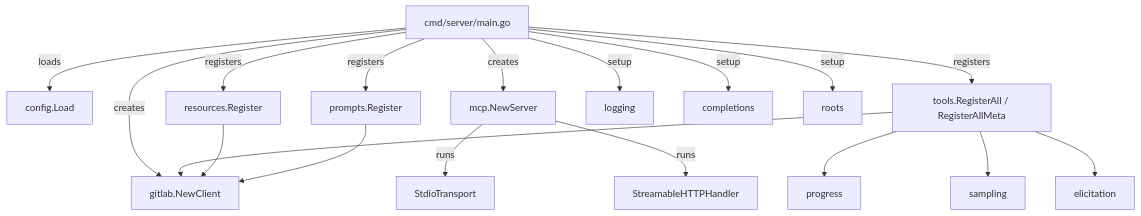
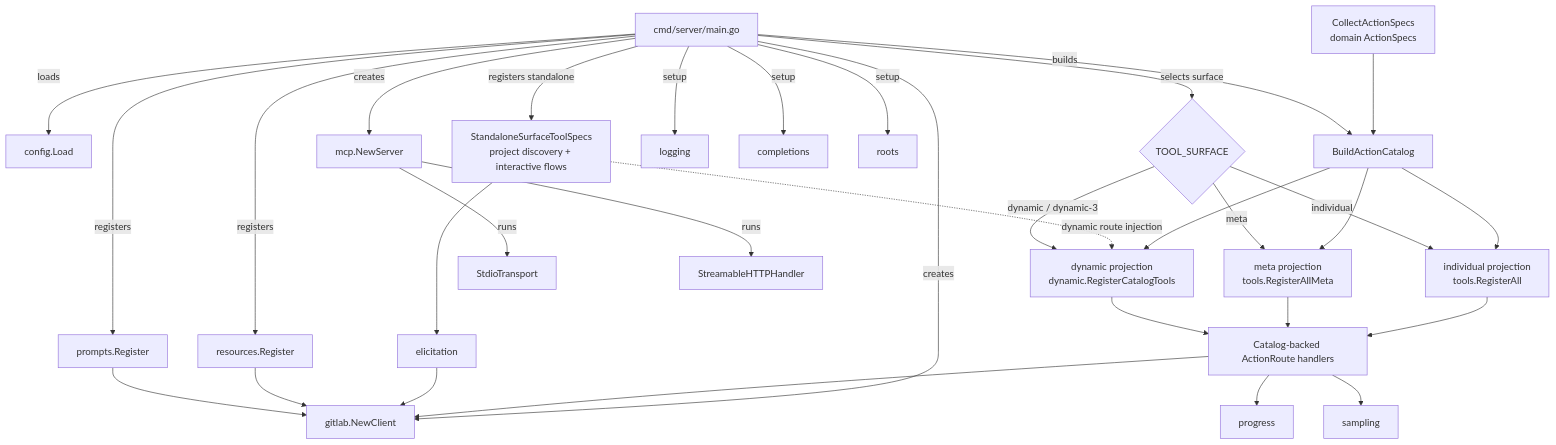
Before and after one commit to jmrplens/gitlab-mcp-server: the first of 2 diagrams in docs/development/development.md, drawn with Mermaid. The commit also changed other lines of this file and 1137 other files, not shown here.

First line of the commit message:
Consolidate catalog-first tool runtime (#108)

````diff
--- a/docs/development/development.md
+++ b/docs/development/development.md
@@ -66,20 +66,34 @@
 ```mermaid
 graph TD
     MAIN[cmd/server/main.go] -->|loads| CFG[config.Load]
     MAIN -->|creates| GL[gitlab.NewClient]
     MAIN -->|creates| SRV[mcp.NewServer]
-    MAIN -->|registers| TOOLS[tools.RegisterAll / RegisterAllMeta]
+    MAIN -->|selects surface| SURFACE{TOOL_SURFACE}
+    SPECS[CollectActionSpecs<br/>domain ActionSpecs] --> CATALOG[BuildActionCatalog]
+    MAIN -->|builds| CATALOG
+    CATALOG --> IND[individual projection<br/>tools.RegisterAll]
+    CATALOG --> META[meta projection<br/>tools.RegisterAllMeta]
+    CATALOG --> DYN[dynamic projection<br/>dynamic.RegisterCatalogTools]
+    STANDALONE[StandaloneSurfaceToolSpecs<br/>project discovery + interactive flows] -.->|dynamic route injection| DYN
+    SURFACE -->|individual| IND
+    SURFACE -->|meta| META
+    SURFACE -->|dynamic / dynamic-3| DYN
+    IND --> PROJECTION[Catalog-backed ActionRoute handlers]
+    META --> PROJECTION
+    DYN --> PROJECTION
+    MAIN -->|registers standalone| STANDALONE
     MAIN -->|registers| RES[resources.Register]
     MAIN -->|registers| PROMPTS[prompts.Register]
     MAIN -->|setup| LOG[logging]
     MAIN -->|setup| COMP[completions]
     MAIN -->|setup| ROOTS[roots]
     SRV -->|runs| STDIO[StdioTransport]
     SRV -->|runs| HTTP[StreamableHTTPHandler]
-    TOOLS --> GL
-    TOOLS --> PROG[progress]
-    TOOLS --> SAMP[sampling]
-    TOOLS --> ELIC[elicitation]
+    PROJECTION --> GL
+    PROJECTION --> PROG[progress]
+    PROJECTION --> SAMP[sampling]
+    STANDALONE --> ELIC[elicitation]
+    ELIC --> GL
     RES --> GL
     PROMPTS --> GL
 ```
````
